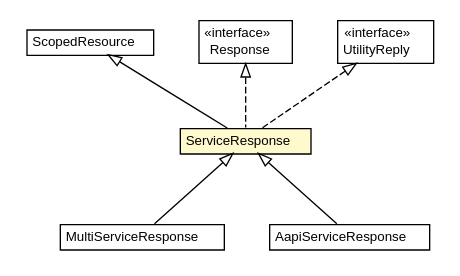
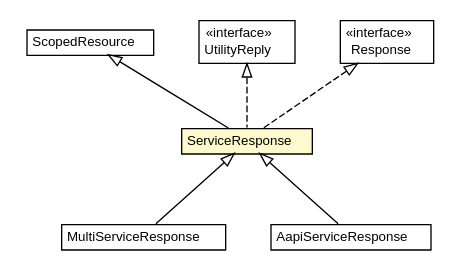
Before and after one commit to cstockloew/middleware: the diagram in mw.pom/apidocs/org/universAAL/middleware/service/ServiceResponse.dot, drawn with Graphviz. The commit also changed 2056 other files, not shown here.

```diff
--- a/mw.pom/apidocs/org/universAAL/middleware/service/ServiceResponse.dot
+++ b/mw.pom/apidocs/org/universAAL/middleware/service/ServiceResponse.dot
@@ -1,60 +1,60 @@
 #!/usr/local/bin/dot
 #
 # Class diagram 
 # Generated by UMLGraph version R5_6-24-gf6e263 (http://www.umlgraph.org/)
 #
 
 digraph G {
 	edge [fontname="Helvetica",fontsize=10,labelfontname="Helvetica",labelfontsize=10];
 	node [fontname="Helvetica",fontsize=10,shape=plaintext];
 	nodesep=0.25;
 	ranksep=0.5;
 	// org.universAAL.middleware.rdf.ScopedResource
-	c379659 [label=<<table title="org.universAAL.middleware.rdf.ScopedResource" border="0" cellborder="1" cellspacing="0" cellpadding="2" port="p" href="../rdf/ScopedResource.html">
+	c379650 [label=<<table title="org.universAAL.middleware.rdf.ScopedResource" border="0" cellborder="1" cellspacing="0" cellpadding="2" port="p" href="../rdf/ScopedResource.html">
 		<tr><td><table border="0" cellspacing="0" cellpadding="1">
 <tr><td align="center" balign="center"> ScopedResource </td></tr>
 		</table></td></tr>
 		</table>>, URL="../rdf/ScopedResource.html", fontname="Helvetica", fontcolor="black", fontsize=10.0];
+	// org.universAAL.middleware.bus.model.matchable.UtilityReply
+	c379886 [label=<<table title="org.universAAL.middleware.bus.model.matchable.UtilityReply" border="0" cellborder="1" cellspacing="0" cellpadding="2" port="p" href="../bus/model/matchable/UtilityReply.html">
+		<tr><td><table border="0" cellspacing="0" cellpadding="1">
+<tr><td align="center" balign="center"> &#171;interface&#187; </td></tr>
+<tr><td align="center" balign="center"> UtilityReply </td></tr>
+		</table></td></tr>
+		</table>>, URL="../bus/model/matchable/UtilityReply.html", fontname="Helvetica", fontcolor="black", fontsize=10.0];
 	// org.universAAL.middleware.bus.model.matchable.Response
-	c379892 [label=<<table title="org.universAAL.middleware.bus.model.matchable.Response" border="0" cellborder="1" cellspacing="0" cellpadding="2" port="p" href="../bus/model/matchable/Response.html">
+	c379890 [label=<<table title="org.universAAL.middleware.bus.model.matchable.Response" border="0" cellborder="1" cellspacing="0" cellpadding="2" port="p" href="../bus/model/matchable/Response.html">
 		<tr><td><table border="0" cellspacing="0" cellpadding="1">
 <tr><td align="center" balign="center"> &#171;interface&#187; </td></tr>
 <tr><td align="center" balign="center"> Response </td></tr>
 		</table></td></tr>
 		</table>>, URL="../bus/model/matchable/Response.html", fontname="Helvetica", fontcolor="black", fontsize=10.0];
-	// org.universAAL.middleware.bus.model.matchable.UtilityReply
-	c379893 [label=<<table title="org.universAAL.middleware.bus.model.matchable.UtilityReply" border="0" cellborder="1" cellspacing="0" cellpadding="2" port="p" href="../bus/model/matchable/UtilityReply.html">
+	// org.universAAL.middleware.service.ServiceResponse
+	c379937 [label=<<table title="org.universAAL.middleware.service.ServiceResponse" border="0" cellborder="1" cellspacing="0" cellpadding="2" port="p" bgcolor="lemonChiffon" href="./ServiceResponse.html">
 		<tr><td><table border="0" cellspacing="0" cellpadding="1">
-<tr><td align="center" balign="center"> &#171;interface&#187; </td></tr>
-<tr><td align="center" balign="center"> UtilityReply </td></tr>
+<tr><td align="center" balign="center"> ServiceResponse </td></tr>
 		</table></td></tr>
-		</table>>, URL="../bus/model/matchable/UtilityReply.html", fontname="Helvetica", fontcolor="black", fontsize=10.0];
+		</table>>, URL="./ServiceResponse.html", fontname="Helvetica", fontcolor="black", fontsize=10.0];
 	// org.universAAL.middleware.service.MultiServiceResponse
-	c379938 [label=<<table title="org.universAAL.middleware.service.MultiServiceResponse" border="0" cellborder="1" cellspacing="0" cellpadding="2" port="p" href="./MultiServiceResponse.html">
+	c379946 [label=<<table title="org.universAAL.middleware.service.MultiServiceResponse" border="0" cellborder="1" cellspacing="0" cellpadding="2" port="p" href="./MultiServiceResponse.html">
 		<tr><td><table border="0" cellspacing="0" cellpadding="1">
 <tr><td align="center" balign="center"> MultiServiceResponse </td></tr>
 		</table></td></tr>
 		</table>>, URL="./MultiServiceResponse.html", fontname="Helvetica", fontcolor="black", fontsize=10.0];
-	// org.universAAL.middleware.service.ServiceResponse
-	c379947 [label=<<table title="org.universAAL.middleware.service.ServiceResponse" border="0" cellborder="1" cellspacing="0" cellpadding="2" port="p" bgcolor="lemonChiffon" href="./ServiceResponse.html">
-		<tr><td><table border="0" cellspacing="0" cellpadding="1">
-<tr><td align="center" balign="center"> ServiceResponse </td></tr>
-		</table></td></tr>
-		</table>>, URL="./ServiceResponse.html", fontname="Helvetica", fontcolor="black", fontsize=10.0];
 	// org.universAAL.middleware.service.aapi.AapiServiceResponse
 	c379954 [label=<<table title="org.universAAL.middleware.service.aapi.AapiServiceResponse" border="0" cellborder="1" cellspacing="0" cellpadding="2" port="p" href="./aapi/AapiServiceResponse.html">
 		<tr><td><table border="0" cellspacing="0" cellpadding="1">
 <tr><td align="center" balign="center"> AapiServiceResponse </td></tr>
 		</table></td></tr>
 		</table>>, URL="./aapi/AapiServiceResponse.html", fontname="Helvetica", fontcolor="black", fontsize=10.0];
+	//org.universAAL.middleware.service.ServiceResponse extends org.universAAL.middleware.rdf.ScopedResource
+	c379650:p -> c379937:p [dir=back,arrowtail=empty];
+	//org.universAAL.middleware.service.ServiceResponse implements org.universAAL.middleware.bus.model.matchable.Response
+	c379890:p -> c379937:p [dir=back,arrowtail=empty,style=dashed];
+	//org.universAAL.middleware.service.ServiceResponse implements org.universAAL.middleware.bus.model.matchable.UtilityReply
+	c379886:p -> c379937:p [dir=back,arrowtail=empty,style=dashed];
 	//org.universAAL.middleware.service.MultiServiceResponse extends org.universAAL.middleware.service.ServiceResponse
-	c379947:p -> c379938:p [dir=back,arrowtail=empty];
-	//org.universAAL.middleware.service.ServiceResponse extends org.universAAL.middleware.rdf.ScopedResource
-	c379659:p -> c379947:p [dir=back,arrowtail=empty];
-	//org.universAAL.middleware.service.ServiceResponse implements org.universAAL.middleware.bus.model.matchable.Response
-	c379892:p -> c379947:p [dir=back,arrowtail=empty,style=dashed];
-	//org.universAAL.middleware.service.ServiceResponse implements org.universAAL.middleware.bus.model.matchable.UtilityReply
-	c379893:p -> c379947:p [dir=back,arrowtail=empty,style=dashed];
+	c379937:p -> c379946:p [dir=back,arrowtail=empty];
 	//org.universAAL.middleware.service.aapi.AapiServiceResponse extends org.universAAL.middleware.service.ServiceResponse
-	c379947:p -> c379954:p [dir=back,arrowtail=empty];
+	c379937:p -> c379954:p [dir=back,arrowtail=empty];
 }
```
